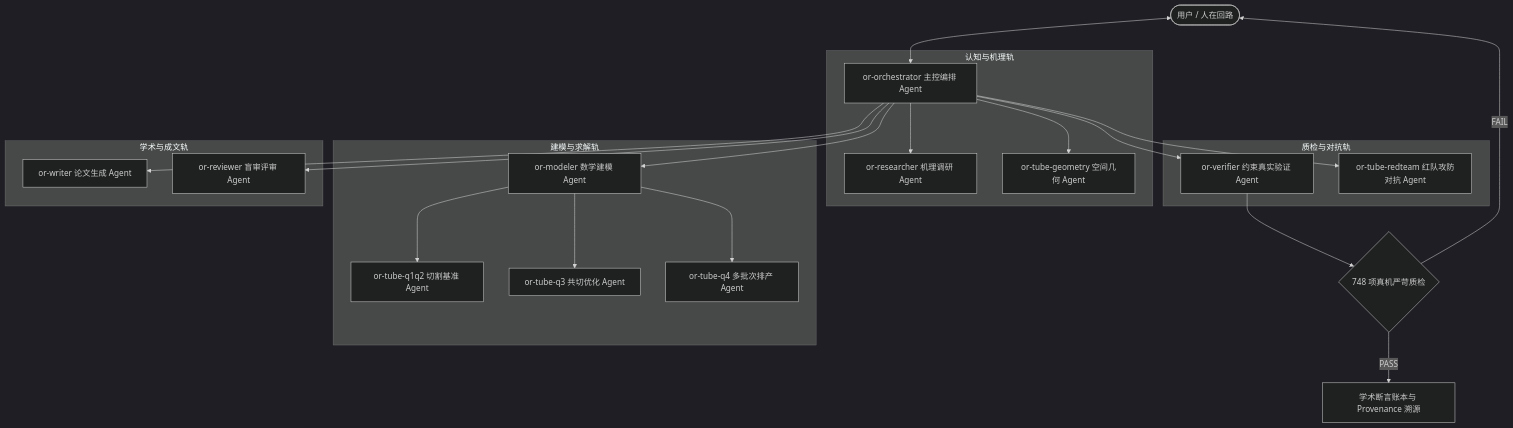
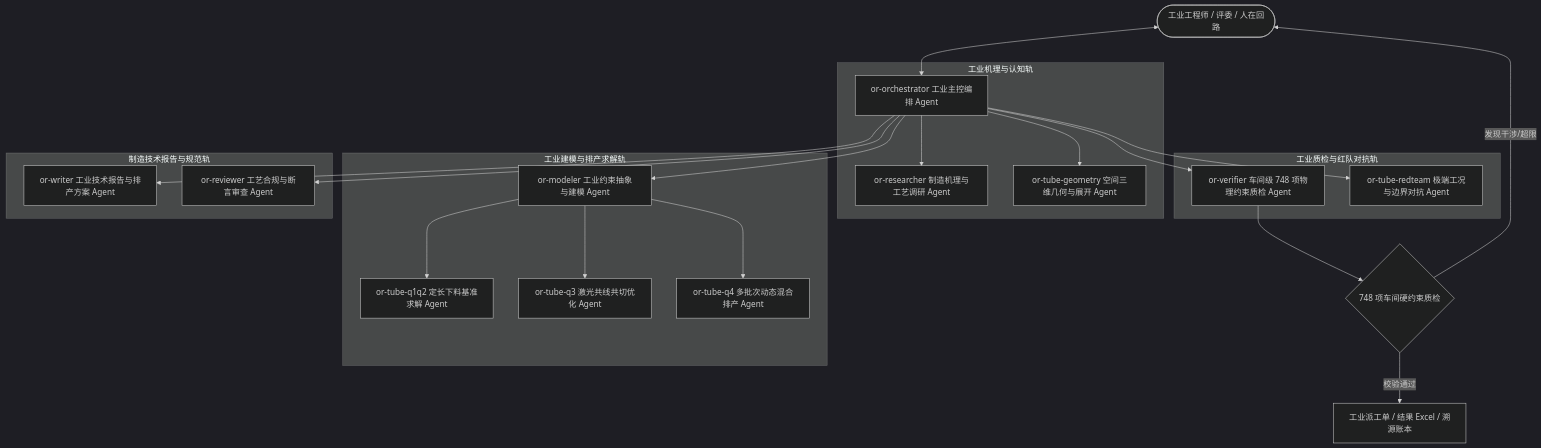
The diagram in README.md (lanzaoi/or-path), drawn with Mermaid (dark theme) before and after one commit. The commit also changed other lines of this file, not shown here.

````diff
--- a/README.md
+++ b/README.md
@@ -45,30 +55,30 @@
 ```mermaid
 graph TD
-    User([用户 / 人在回路]) <--> Orch[or-orchestrator 主控编排 Agent]
+    User([工业工程师 / 评委 / 人在回路]) <--> Orch[or-orchestrator 工业主控编排 Agent]
     
-    subgraph 认知与机理轨
-        Orch --> Res[or-researcher 机理调研 Agent]
-        Orch --> Geo[or-tube-geometry 空间几何 Agent]
+    subgraph 工业机理与认知轨
+        Orch --> Res[or-researcher 制造机理与工艺调研 Agent]
+        Orch --> Geo[or-tube-geometry 空间三维几何与展开 Agent]
     end
 
-    subgraph 建模与求解轨
-        Orch --> Mod[or-modeler 数学建模 Agent]
-        Mod --> Q12[or-tube-q1q2 切割基准 Agent]
-        Mod --> Q3[or-tube-q3 共切优化 Agent]
-        Mod --> Q4[or-tube-q4 多批次排产 Agent]
+    subgraph 工业建模与排产求解轨
+        Orch --> Mod[or-modeler 工业约束抽象与建模 Agent]
+        Mod --> Q12[or-tube-q1q2 定长下料基准求解 Agent]
+        Mod --> Q3[or-tube-q3 激光共线共切优化 Agent]
+        Mod --> Q4[or-tube-q4 多批次动态混合排产 Agent]
     end
 
-    subgraph 质检与对抗轨
-        Orch --> Ver[or-verifier 约束真实验证 Agent]
-        Orch --> Red[or-tube-redteam 红队攻防对抗 Agent]
+    subgraph 工业质检与红队对抗轨
+        Orch --> Ver[or-verifier 车间级 748 项物理约束质检 Agent]
+        Orch --> Red[or-tube-redteam 极端工况与边界对抗 Agent]
     end
 
-    subgraph 学术与成文轨
-        Orch --> Wri[or-writer 论文生成 Agent]
-        Orch --> Rev[or-reviewer 盲审评审 Agent]
+    subgraph 制造技术报告与规范轨
+        Orch --> Wri[or-writer 工业技术报告与排产方案 Agent]
+        Orch --> Rev[or-reviewer 工艺合规与断言审查 Agent]
     end
 
-    Ver --> Gate{748 项真机严苛质检}
-    Gate -- PASS --> Ledger[学术断言账本与 Provenance 溯源]
-    Gate -- FAIL --> User
+    Ver --> Gate{748 项车间硬约束质检}
+    Gate -- 校验通过 --> Ledger[工业派工单 / 结果 Excel / 溯源账本]
+    Gate -- 发现干涉/超限 --> User
 ```
````
